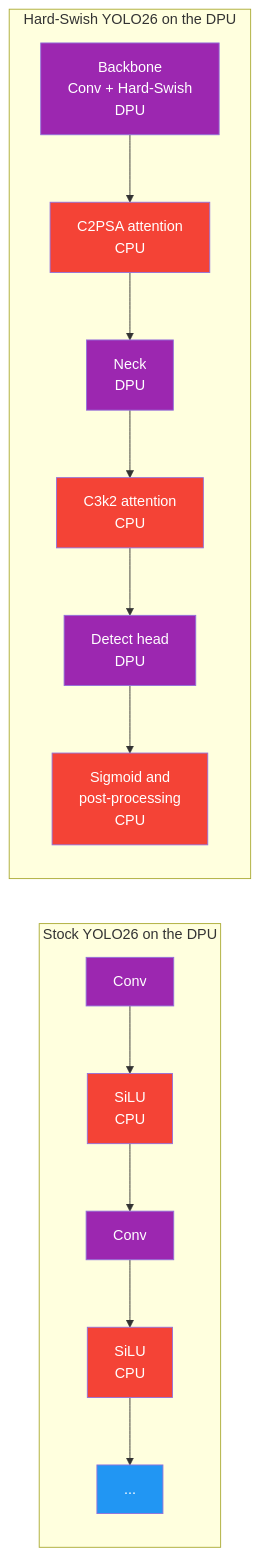
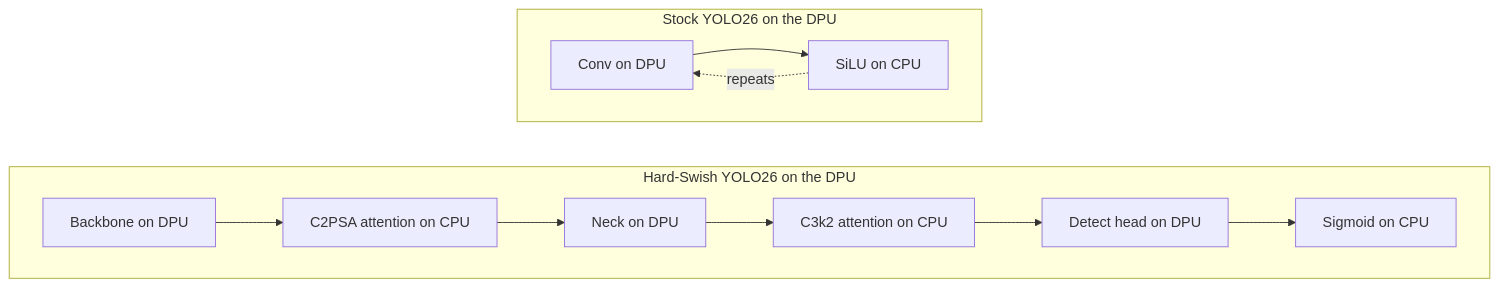
One commit to ultralytics/ultralytics changed the fourth of 4 diagrams in docs/en/integrations/xilinx.md. Above: the diagram before and after it, drawn with Mermaid. The commit also changed other lines of this file and 20 other files, not shown here.

First line of the commit message:
Migrate docs Mermaid diagrams to the unified design system

````diff
--- a/docs/en/integrations/xilinx.md
+++ b/docs/en/integrations/xilinx.md
@@ -338,13 +322,15 @@
 ```mermaid
-graph LR
-    subgraph S1 [Stock YOLO26 on the DPU]
-        A1[Conv]:::out --> A2[SiLU<br>CPU]:::error --> A3[Conv]:::out --> A4[SiLU<br>CPU]:::error --> A5[...]:::proc
+flowchart TD
+    subgraph stock["Stock YOLO26 on the DPU"]
+        A1[Conv on DPU] --> A2[SiLU on CPU]:::error
+        A2 -.->|repeats| A1
     end
-    subgraph S2 [Hard-Swish YOLO26 on the DPU]
-        B1[Backbone<br>Conv + Hard-Swish<br>DPU]:::out --> B2[C2PSA attention<br>CPU]:::error --> B3[Neck<br>DPU]:::out --> B4[C3k2 attention<br>CPU]:::error --> B5[Detect head<br>DPU]:::out --> B6[Sigmoid and<br>post-processing<br>CPU]:::error
+    subgraph hswish["Hard-Swish YOLO26 on the DPU"]
+        B1[Backbone on DPU] --> B2[C2PSA attention on CPU]:::error
+        B2 --> B3[Neck on DPU]
+        B3 --> B4[C3k2 attention on CPU]:::error
+        B4 --> B5[Detect head on DPU]
+        B5 --> B6[Sigmoid on CPU]:::error
     end
-
-    classDef proc fill:#2196F3,color:#fff
-    classDef out fill:#9C27B0,color:#fff
-    classDef error fill:#F44336,color:#fff
+    stock ~~~ hswish
 ```
````
